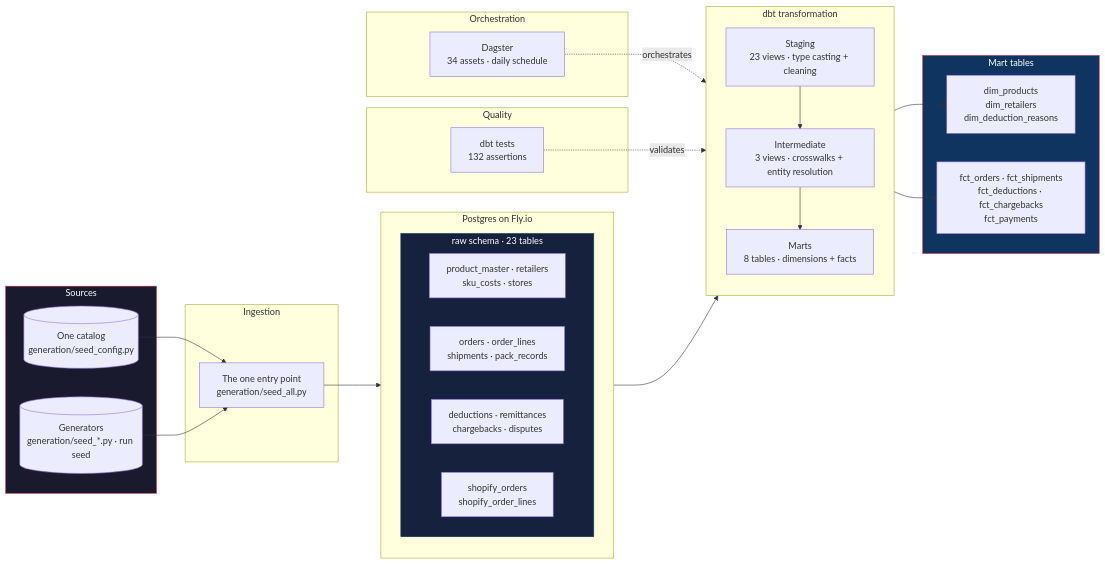
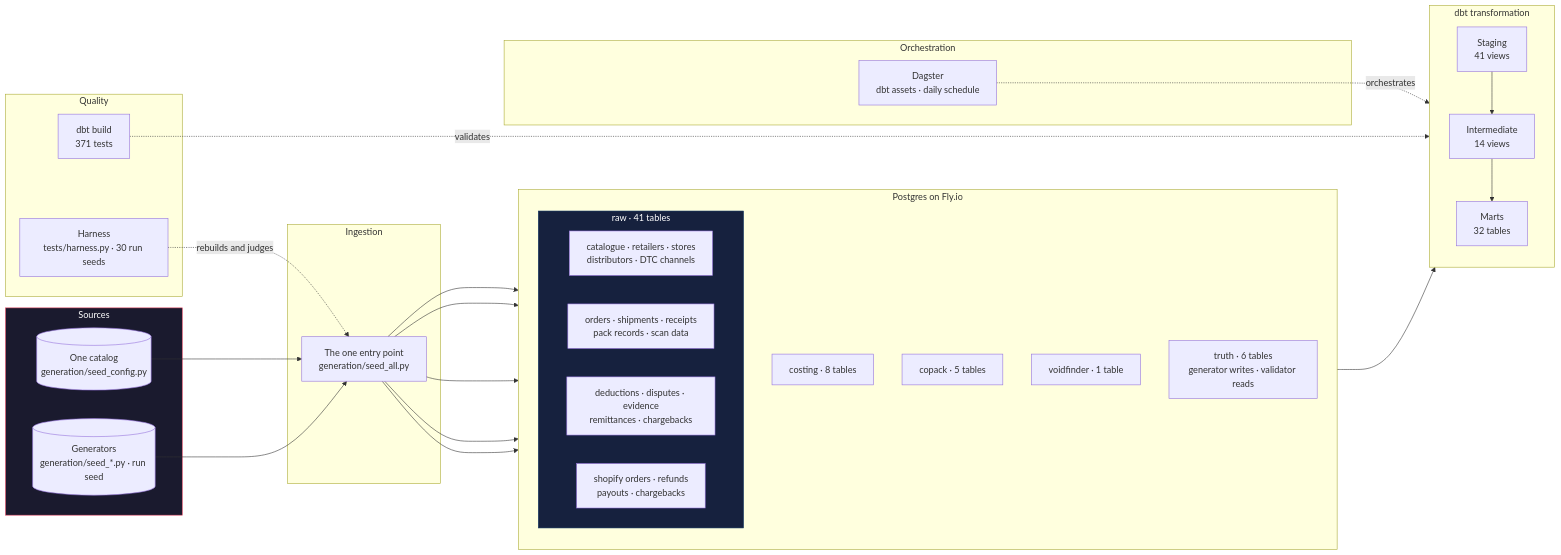
Before and after one commit to lailarallc/cinderhaven-data-platform: the diagram in docs/architecture.md, drawn with Mermaid. The commit also changed other lines of this file, not shown here.

First line of the commit message:
U2 close list: docs/architecture.md describes the platform as built

````diff
--- a/docs/architecture.md
+++ b/docs/architecture.md
@@ -3,56 +3,58 @@
 ```mermaid
 graph LR
     subgraph Sources
         A1[("One catalog<br/>generation/seed_config.py")]
         A2[("Generators<br/>generation/seed_*.py · run seed")]
     end
 
     subgraph Ingestion
         B["The one entry point<br/>generation/seed_all.py"]
     end
 
     subgraph "Postgres on Fly.io"
         direction TB
-        subgraph raw["raw schema · 23 tables"]
-            C1["product_master · retailers<br/>sku_costs · stores"]
-            C2["orders · order_lines<br/>shipments · pack_records"]
-            C3["deductions · remittances<br/>chargebacks · disputes"]
-            C4["shopify_orders<br/>shopify_order_lines"]
+        subgraph raw["raw · 41 tables"]
+            C1["catalogue · retailers · stores<br/>distributors · DTC channels"]
+            C2["orders · shipments · receipts<br/>pack records · scan data"]
+            C3["deductions · disputes · evidence<br/>remittances · chargebacks"]
+            C4["shopify orders · refunds<br/>payouts · chargebacks"]
         end
+        CO["costing · 8 tables"]
+        CP["copack · 5 tables"]
+        VF["voidfinder · 1 table"]
+        TR["truth · 6 tables<br/>generator writes · validator reads"]
     end
 
     subgraph "dbt transformation"
         direction TB
-        D["Staging<br/>23 views · type casting + cleaning"]
-        E["Intermediate<br/>3 views · crosswalks + entity resolution"]
-        F["Marts<br/>8 tables · dimensions + facts"]
-    end
-
-    subgraph Marts["Mart tables"]
-        F1["dim_products<br/>dim_retailers<br/>dim_deduction_reasons"]
-        F2["fct_orders · fct_shipments<br/>fct_deductions · fct_chargebacks<br/>fct_payments"]
+        D["Staging<br/>41 views"]
+        E["Intermediate<br/>14 views"]
+        F["Marts<br/>32 tables"]
     end
 
     subgraph Orchestration
-        G["Dagster<br/>34 assets · daily schedule"]
+        G["Dagster<br/>dbt assets · daily schedule"]
     end
 
     subgraph Quality
-        H["dbt tests<br/>132 assertions"]
+        H["dbt build<br/>371 tests"]
+        I["Harness<br/>tests/harness.py · 30 run seeds"]
     end
 
     A1 --> B
     A2 --> B
     B --> raw
+    B --> CO
+    B --> CP
+    B --> VF
+    B --> TR
     raw --> D
     D --> E
     E --> F
-    F --> F1
-    F --> F2
     G -. "orchestrates" .-> D
     H -. "validates" .-> F
+    I -. "rebuilds and judges" .-> B
 
     style Sources fill:#1a1a2e,stroke:#e94560,color:#fff
     style raw fill:#16213e,stroke:#0f3460,color:#fff
-    style Marts fill:#0f3460,stroke:#e94560,color:#fff
 ```
````
